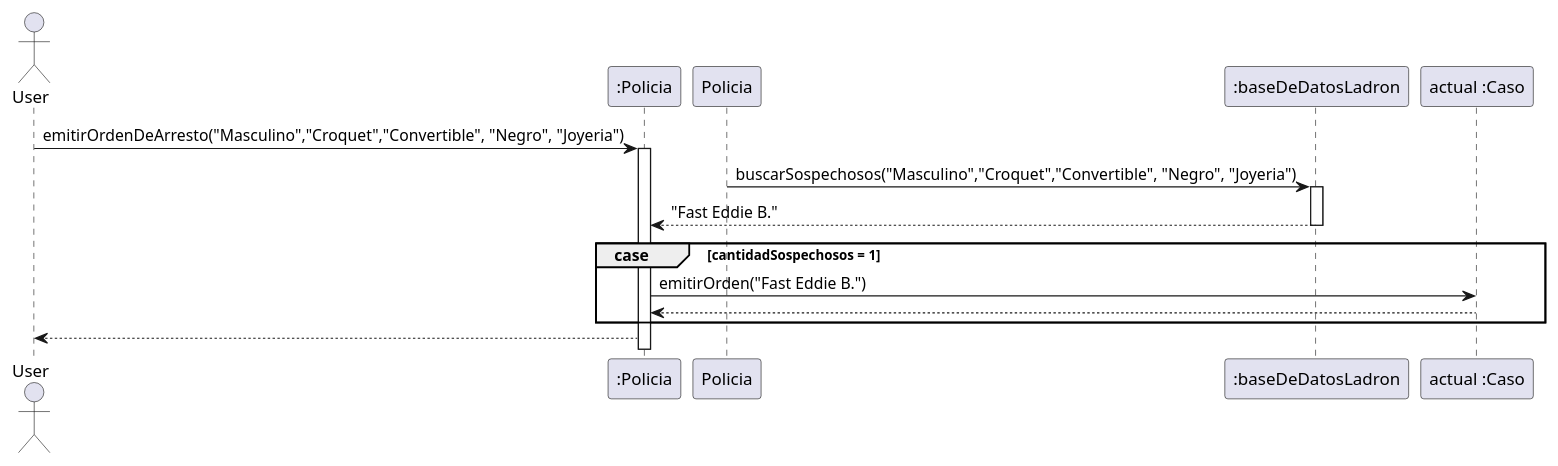
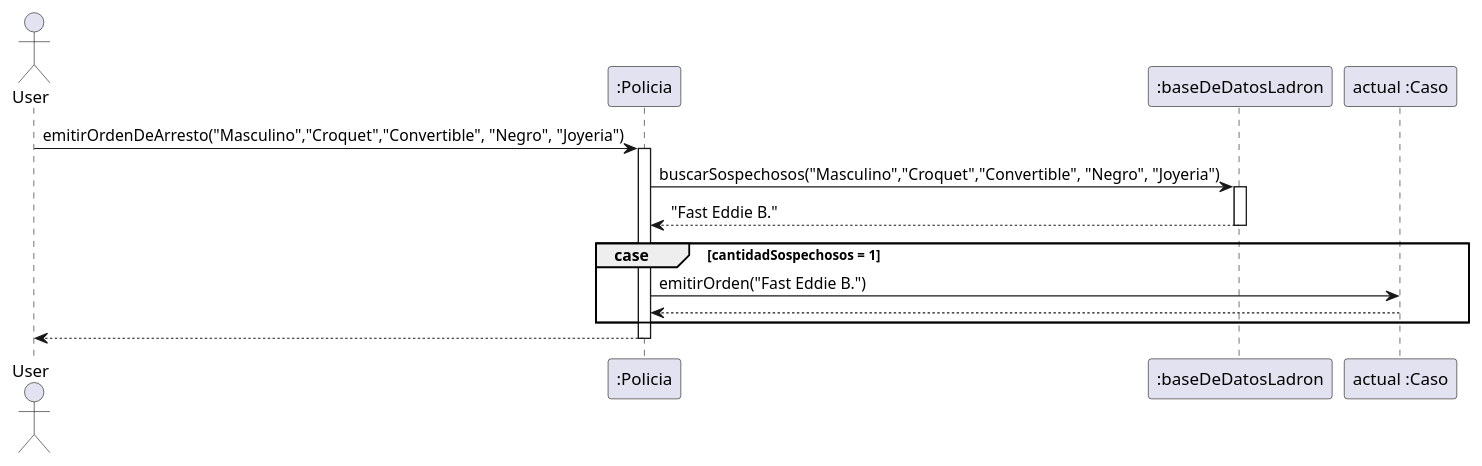
The diagram in diagrams/sequences/emitirOrdenDeArrestoSecuencia.plantuml (Nicolas-Bravo/algo3_tp2), drawn with PlantUML before and after one commit. The commit also changed 1 other file, not shown here.

Commit message:
Coreccion diagrama orden de arresto

```diff
--- a/diagrams/sequences/emitirOrdenDeArrestoSecuencia.plantuml
+++ b/diagrams/sequences/emitirOrdenDeArrestoSecuencia.plantuml
@@ -1,25 +1,25 @@
 @startuml
 
 Actor User
 
 User -> ":Policia" : emitirOrdenDeArresto("Masculino","Croquet","Convertible", "Negro", "Joyeria")
 Activate ":Policia"
 
-"Policia" -> ":baseDeDatosLadron" : buscarSospechosos("Masculino","Croquet","Convertible", "Negro", "Joyeria")
+":Policia" -> ":baseDeDatosLadron" : buscarSospechosos("Masculino","Croquet","Convertible", "Negro", "Joyeria")
 activate ":baseDeDatosLadron"
 
 ":baseDeDatosLadron" --> ":Policia" : "Fast Eddie B."
 deactivate ":baseDeDatosLadron"
 
 group case [cantidadSospechosos = 1]
 
     ":Policia" -> "actual :Caso" : emitirOrden("Fast Eddie B.")
 
     "actual :Caso" --> ":Policia"
 
 end
 
 ":Policia" --> User
-deactivate "Policia"
+deactivate ":Policia"
 
 @enduml
```
